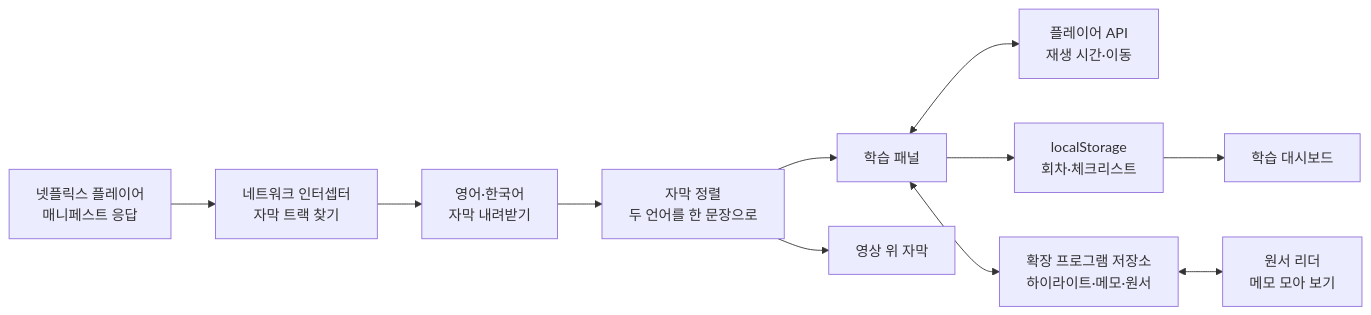
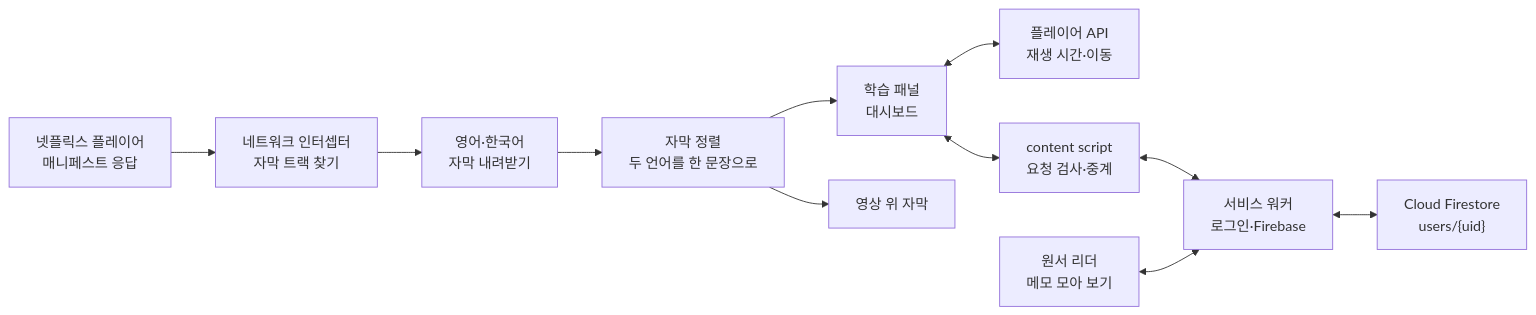
One commit to mivomad33/netflix-subtitle-study changed the diagram in README.md. Above: the diagram before and after it, drawn with Mermaid. The commit also changed other lines of this file and 4 other files, not shown here.

Commit message:
Update README and DEVELOPMENT for Google sign-in and Firestore storage

````diff
--- a/README.md
+++ b/README.md
@@ -110,13 +129,13 @@
 ```mermaid
 flowchart LR
     A["넷플릭스 플레이어<br/>매니페스트 응답"] --> B["네트워크 인터셉터<br/>자막 트랙 찾기"]
     B --> C["영어·한국어<br/>자막 내려받기"]
     C --> D["자막 정렬<br/>두 언어를 한 문장으로"]
-    D --> E["학습 패널"]
+    D --> E["학습 패널<br/>대시보드"]
     D --> F["영상 위 자막"]
     E <--> G["플레이어 API<br/>재생 시간·이동"]
-    E --> H["localStorage<br/>회차·체크리스트"]
-    H --> I["학습 대시보드"]
-    E <--> J["확장 프로그램 저장소<br/>하이라이트·메모·원서"]
-    J <--> K["원서 리더<br/>메모 모아 보기"]
+    E <--> H["content script<br/>요청 검사·중계"]
+    H <--> S["서비스 워커<br/>로그인·Firebase"]
+    K["원서 리더<br/>메모 모아 보기"] <--> S
+    S <--> L["Cloud Firestore<br/>users/{uid}"]
 ```
````
